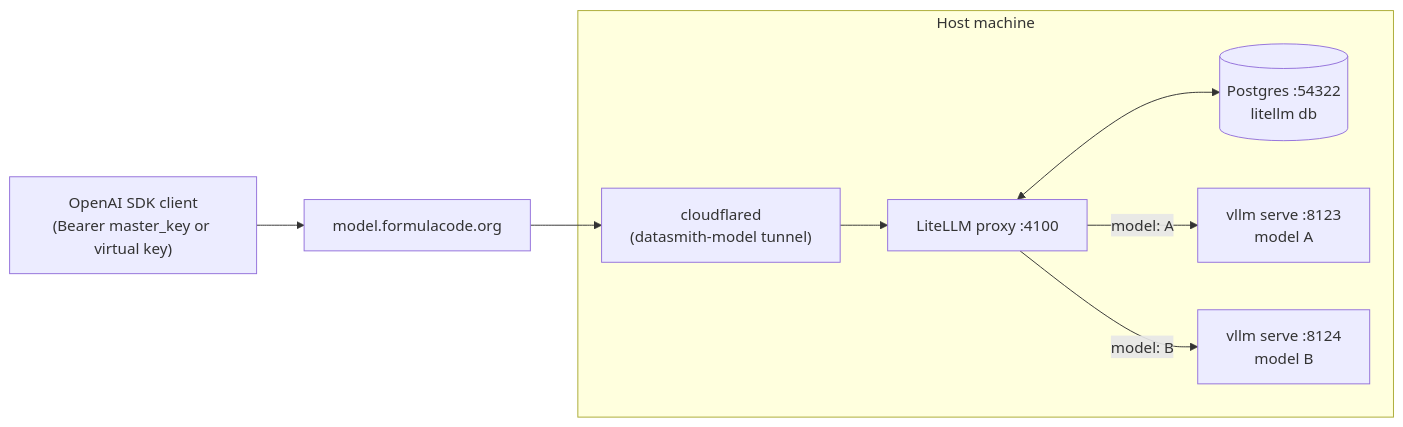
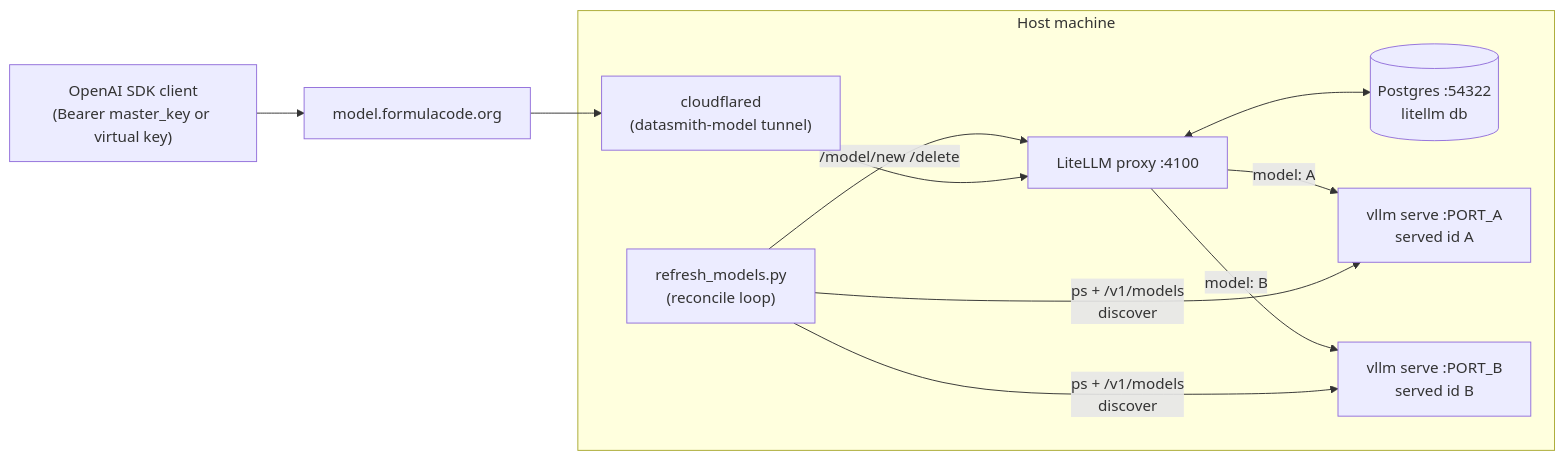
One commit to formula-code/datasmith changed the diagram in docs/guide/model-proxy.md. Above: the diagram before and after it, drawn with Mermaid. The commit also changed other lines of this file and 14 other files, not shown here.

````diff
--- a/docs/guide/model-proxy.md
+++ b/docs/guide/model-proxy.md
@@ -19,16 +28,19 @@
 ```mermaid
 flowchart LR
     Client["OpenAI SDK client<br/>(Bearer master_key or virtual key)"]
     CFE["model.formulacode.org"]
     subgraph Host["Host machine"]
         CFD["cloudflared<br/>(datasmith-model tunnel)"]
         LL["LiteLLM proxy :4100"]
+        RF["refresh_models.py<br/>(reconcile loop)"]
         PG[("Postgres :54322<br/>litellm db")]
-        VA["vllm serve :8123<br/>model A"]
-        VB["vllm serve :8124<br/>model B"]
+        VA["vllm serve :PORT_A<br/>served id A"]
+        VB["vllm serve :PORT_B<br/>served id B"]
     end
     Client --> CFE --> CFD --> LL
     LL <--> PG
+    RF -- "ps + /v1/models<br/>discover" --> VA & VB
+    RF -- "/model/new /delete" --> LL
     LL -- "model: A" --> VA
     LL -- "model: B" --> VB
 ```
````
